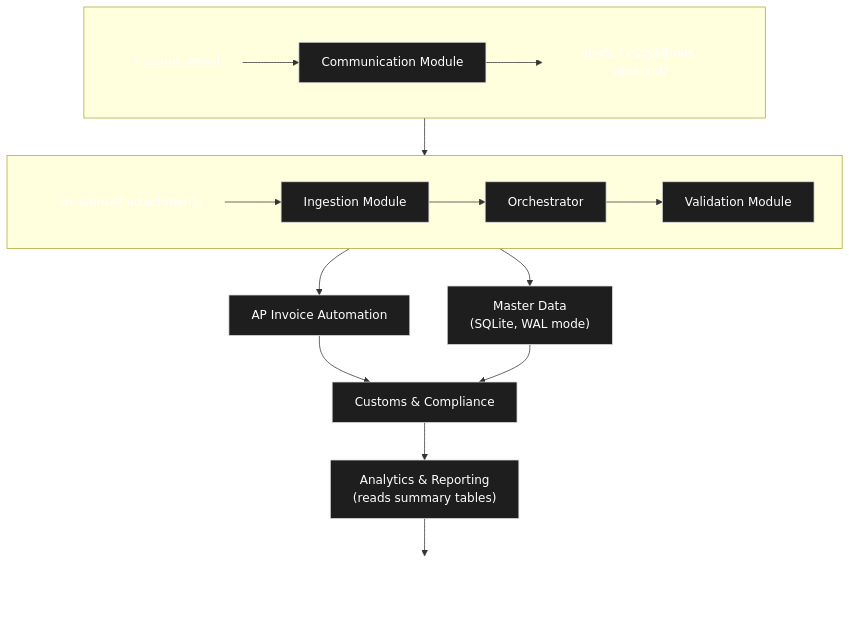
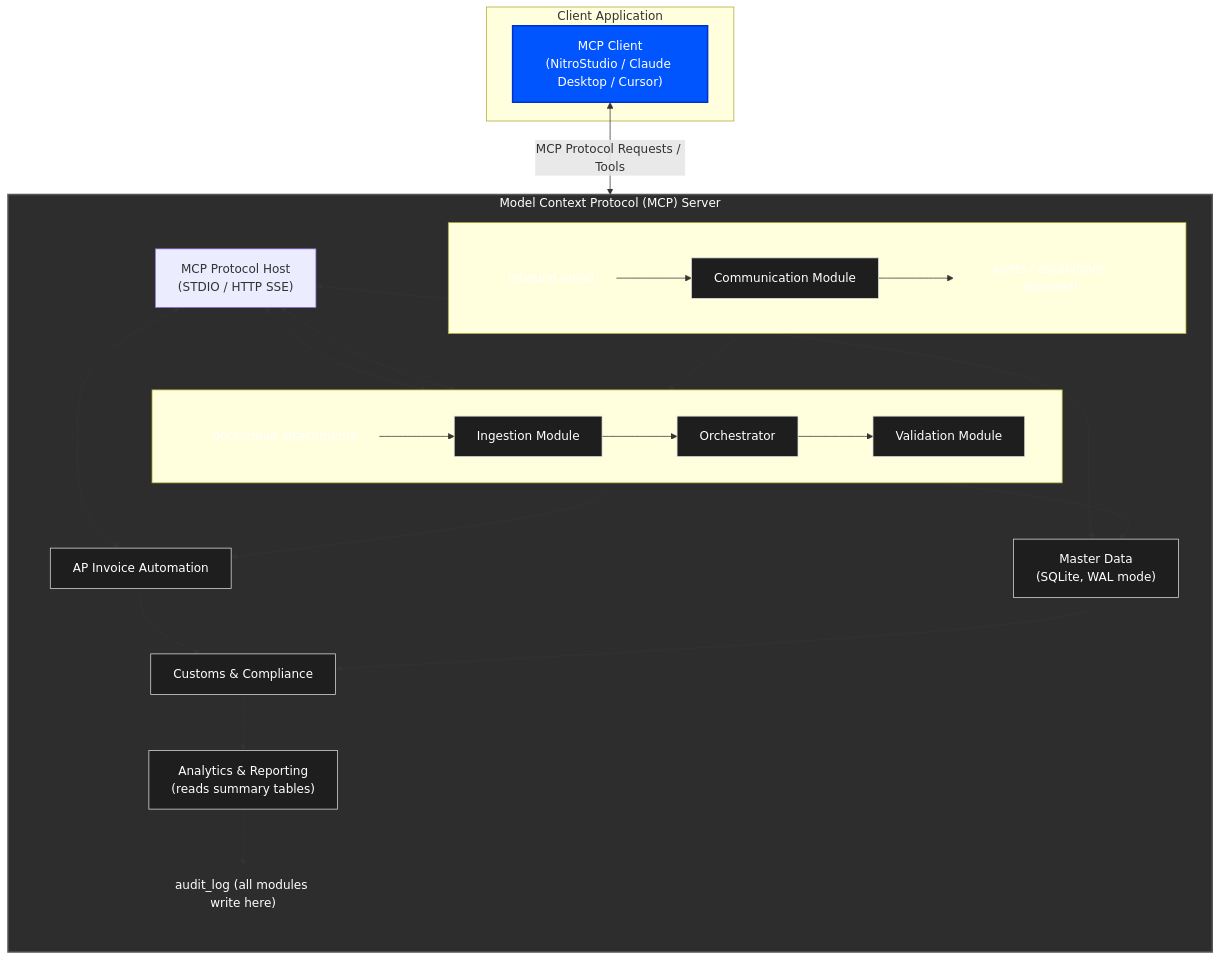
The diagram in README.md (SarvanthiSivaraj/SCM), drawn with Mermaid before and after one commit. The commit also changed other lines of this file, not shown here.

Commit message:
docs: update README to clarify project goals and enhance architectural details

````diff
--- a/README.md
+++ b/README.md
@@ -64,32 +64,52 @@
 ```mermaid
 flowchart TB
-    subgraph Top[" "]
-        direction LR
-        Email["inbound email"] --> Comm["Communication Module"]
-        Comm --> Alerts["alerts / escalations (queued)"]
+    subgraph ClientLayer ["Client Application"]
+        MCPClient["MCP Client<br/>(NitroStudio / Claude Desktop / Cursor)"]
     end
 
-    Comm --> Ingest
+    subgraph MCPServer ["Model Context Protocol (MCP) Server"]
+        direction TB
+        
+        MCPHost["MCP Protocol Host<br/>(STDIO / HTTP SSE)"]
+        
+        subgraph Top[" "]
+            direction LR
+            Email["inbound email"] --> Comm["Communication Module"]
+            Comm --> Alerts["alerts / escalations (queued)"]
+        end
 
-    subgraph Main[" "]
-        direction LR
-        Docs["docs/email attachments"] --> Ingest["Ingestion Module"]
-        Ingest --> Orch["Orchestrator"]
-        Orch --> Valid["Validation Module"]
+        Comm --> Ingest
+
+        subgraph Main[" "]
+            direction LR
+            Docs["docs/email attachments"] --> Ingest["Ingestion Module"]
+            Ingest --> Orch["Orchestrator"]
+            Orch --> Valid["Validation Module"]
+        end
+
+        Orch --> AP["AP Invoice Automation"]
+        Valid --> Master["Master Data<br/>(SQLite, WAL mode)"]
+
+        AP --> Customs["Customs & Compliance"]
+        Master --> Customs
+
+        Customs --> Analytics["Analytics & Reporting<br/>(reads summary tables)"]
+        Analytics --> Audit["audit_log (all modules write here)"]
     end
 
-    Orch --> AP["AP Invoice Automation"]
-    Valid --> Master["Master Data<br/>(SQLite, WAL mode)"]
-
-    AP --> Customs["Customs & Compliance"]
-    Master --> Customs
-
-    Customs --> Analytics["Analytics & Reporting<br/>(reads summary tables)"]
-    Analytics --> Audit["audit_log (all modules write here)"]
+    MCPClient <-->|MCP Protocol Requests / Tools| MCPHost
+    MCPHost <--> Ingest
+    MCPHost <--> Orch
+    MCPHost <--> Master
+    MCPHost <--> AP
 
     classDef module fill:#1e1e1e,stroke:#dcdcdc,color:#ffffff,stroke-width:1px;
     classDef plain fill:none,stroke:none,color:#ffffff;
+    classDef server fill:#2d2d2d,stroke:#555,stroke-width:2px,color:#fff;
+    classDef client fill:#0055ff,stroke:#0033cc,stroke-width:2px,color:#fff;
 
     class Comm,Ingest,Orch,Valid,AP,Customs,Analytics,Master module;
     class Email,Docs,Alerts,Audit plain;
+    class MCPServer server;
+    class MCPClient client;
 ```
````
